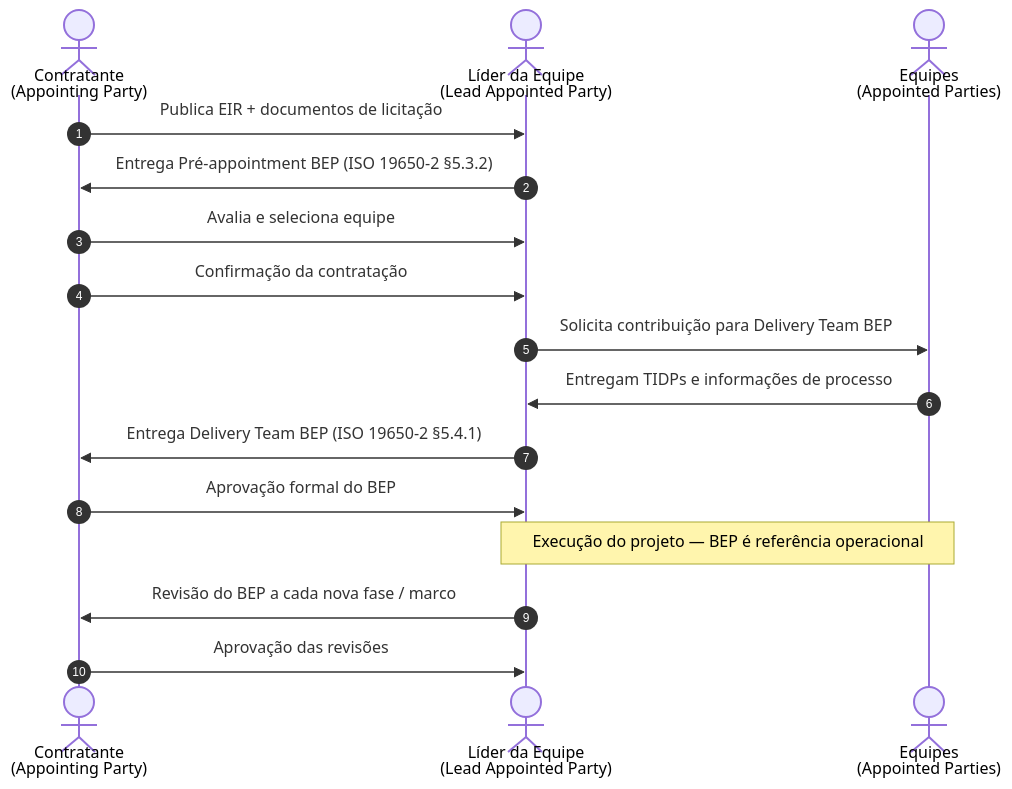
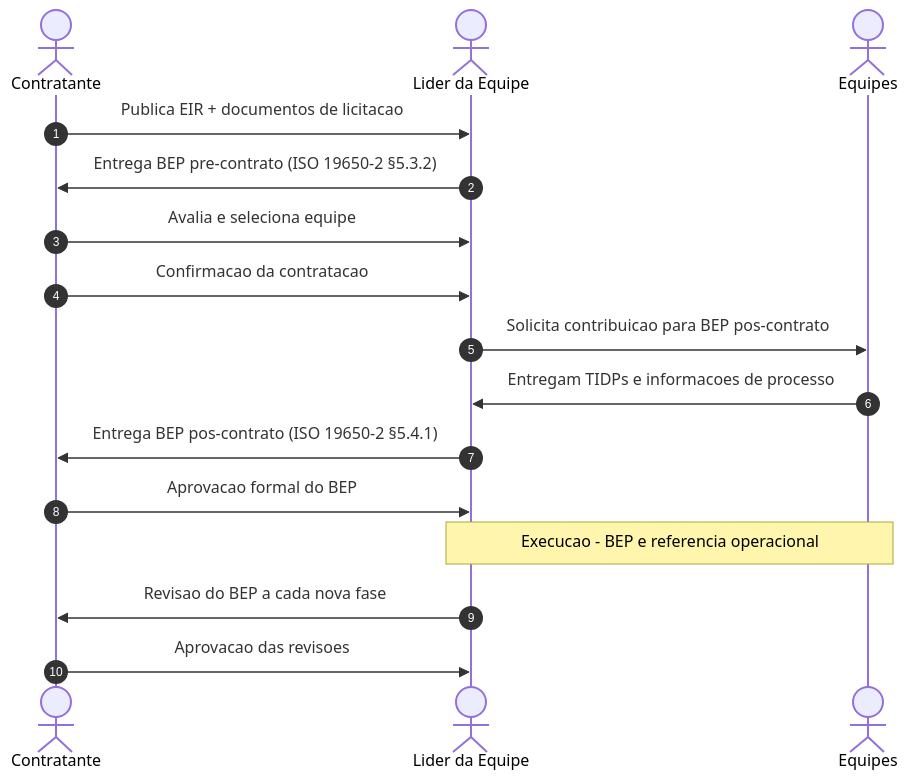
The seventh of 9 diagrams in docs/bep/bep-bim-material.md (255ribeiro/intro_ifc), drawn with Mermaid before and after one commit. The commit also changed other lines of this file and 2 other files, not shown here.

Commit message:
mermaid diagram css

````diff
--- a/docs/bep/bep-bim-material.md
+++ b/docs/bep/bep-bim-material.md
@@ -427,19 +455,19 @@
 ```mermaid
 sequenceDiagram
     autonumber
-    actor CP as Contratante<br/>(Appointing Party)
-    actor LE as Líder da Equipe<br/>(Lead Appointed Party)
-    actor EQ as Equipes<br/>(Appointed Parties)
+    actor CP as Contratante
+    actor LE as Lider da Equipe
+    actor EQ as Equipes
 
-    CP->>LE: Publica EIR + documentos de licitação
-    LE->>CP: Entrega Pré-appointment BEP (ISO 19650-2 §5.3.2)
+    CP->>LE: Publica EIR + documentos de licitacao
+    LE->>CP: Entrega BEP pre-contrato (ISO 19650-2 §5.3.2)
     CP->>LE: Avalia e seleciona equipe
-    CP->>LE: Confirmação da contratação
-    LE->>EQ: Solicita contribuição para Delivery Team BEP
-    EQ->>LE: Entregam TIDPs e informações de processo
-    LE->>CP: Entrega Delivery Team BEP (ISO 19650-2 §5.4.1)
-    CP->>LE: Aprovação formal do BEP
-    Note over LE,EQ: Execução do projeto — BEP é referência operacional
-    LE->>CP: Revisão do BEP a cada nova fase / marco
-    CP->>LE: Aprovação das revisões
+    CP->>LE: Confirmacao da contratacao
+    LE->>EQ: Solicita contribuicao para BEP pos-contrato
+    EQ->>LE: Entregam TIDPs e informacoes de processo
+    LE->>CP: Entrega BEP pos-contrato (ISO 19650-2 §5.4.1)
+    CP->>LE: Aprovacao formal do BEP
+    Note over LE,EQ: Execucao - BEP e referencia operacional
+    LE->>CP: Revisao do BEP a cada nova fase
+    CP->>LE: Aprovacao das revisoes
 ```
````
